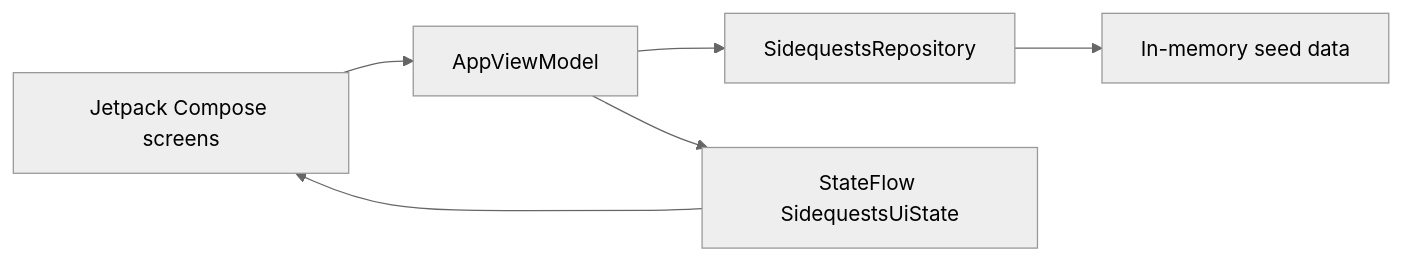
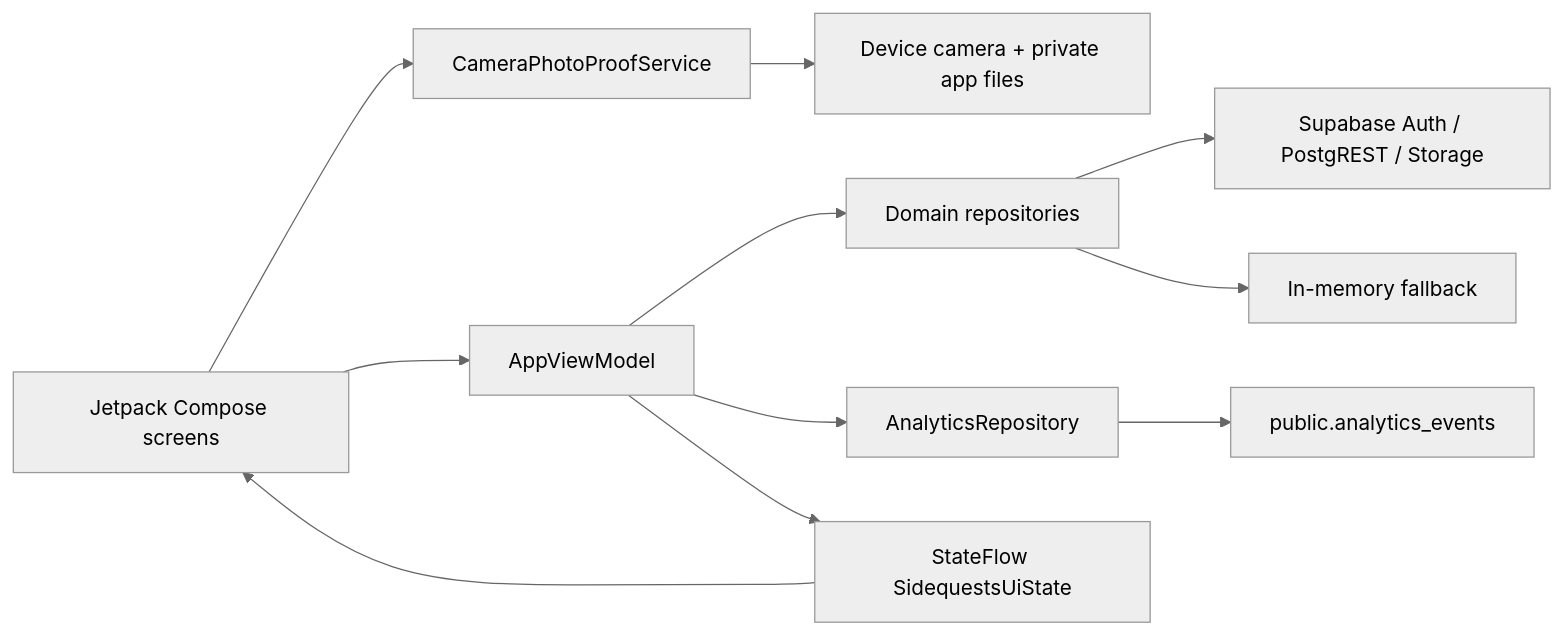
Before and after one commit to Maldinho18/Kotlin-Prototype: the diagram in docs/ARCHITECTURE.md, drawn with Mermaid (neutral theme). The commit also changed other lines of this file and 3 other files, not shown here.

````diff
--- a/docs/ARCHITECTURE.md
+++ b/docs/ARCHITECTURE.md
@@ -3,8 +3,13 @@
 ```mermaid
 flowchart LR
     UI[Jetpack Compose screens] --> VM[AppViewModel]
-    VM --> REPO[SidequestsRepository]
-    REPO --> LOCAL[In-memory seed data]
+    UI --> CAMERA[CameraPhotoProofService]
+    CAMERA --> DEVICE[Device camera + private app files]
+    VM --> REPO[Domain repositories]
+    REPO --> SUPABASE[Supabase Auth / PostgREST / Storage]
+    REPO --> LOCAL[In-memory fallback]
+    VM --> ANALYTICS[AnalyticsRepository]
+    ANALYTICS --> EVENTS[public.analytics_events]
     VM --> STATE[StateFlow SidequestsUiState]
     STATE --> UI
 ```
````
